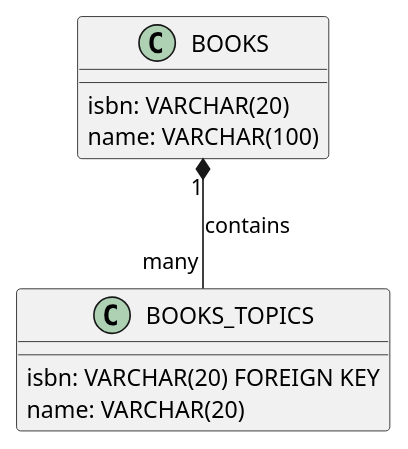
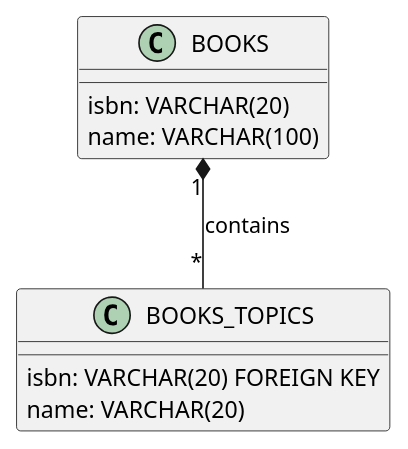
The diagram in doc/diagrams/mappingToTable.puml (exasol/dynamodb-virtual-schema), drawn with PlantUML before and after one commit. The commit also changed 4 other files, not shown here.

```diff
--- a/doc/diagrams/mappingToTable.puml
+++ b/doc/diagrams/mappingToTable.puml
@@ -1,13 +1,13 @@
 @startuml
 class BOOKS {
   isbn: VARCHAR(20)
   name: VARCHAR(100)
 }
 
 class BOOKS_TOPICS {
     isbn: VARCHAR(20) FOREIGN KEY
     name: VARCHAR(20)
 }
 
-BOOKS  "1" *-- "many" BOOKS_TOPICS : contains
+BOOKS  "1" *-- "*" BOOKS_TOPICS : contains
 @enduml
```
